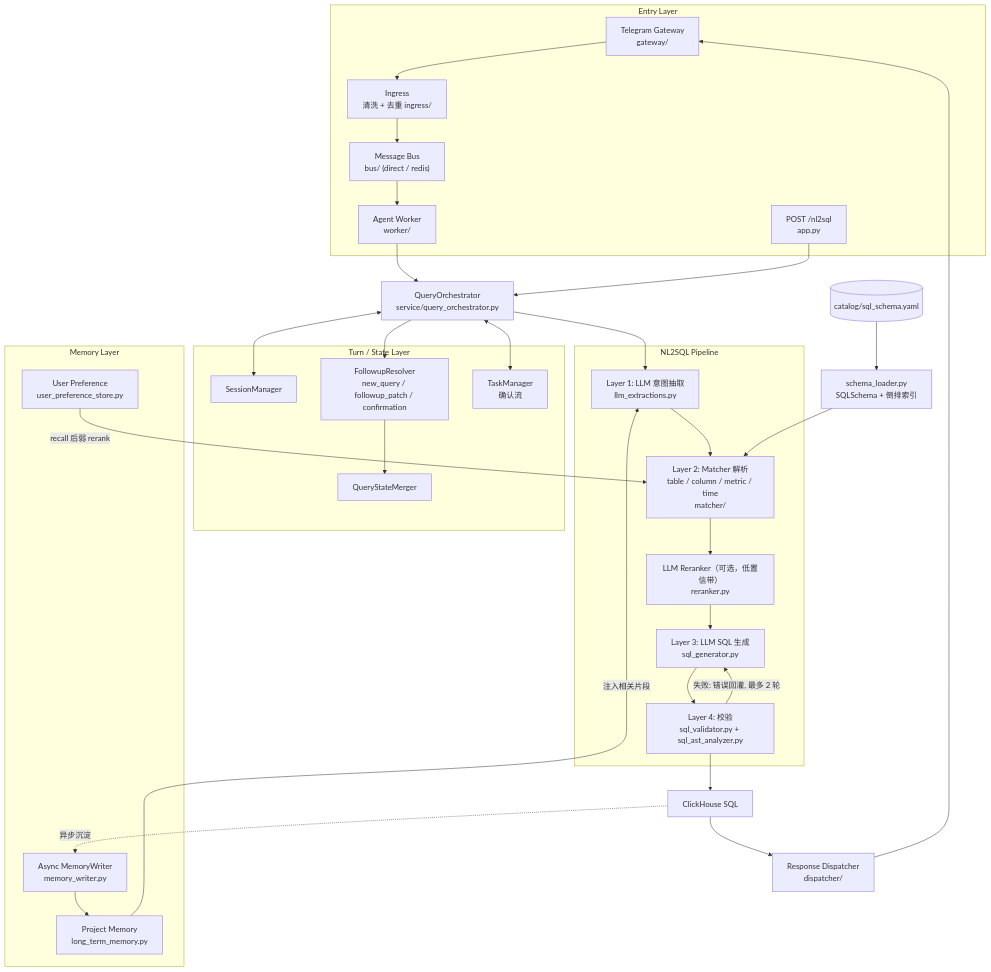
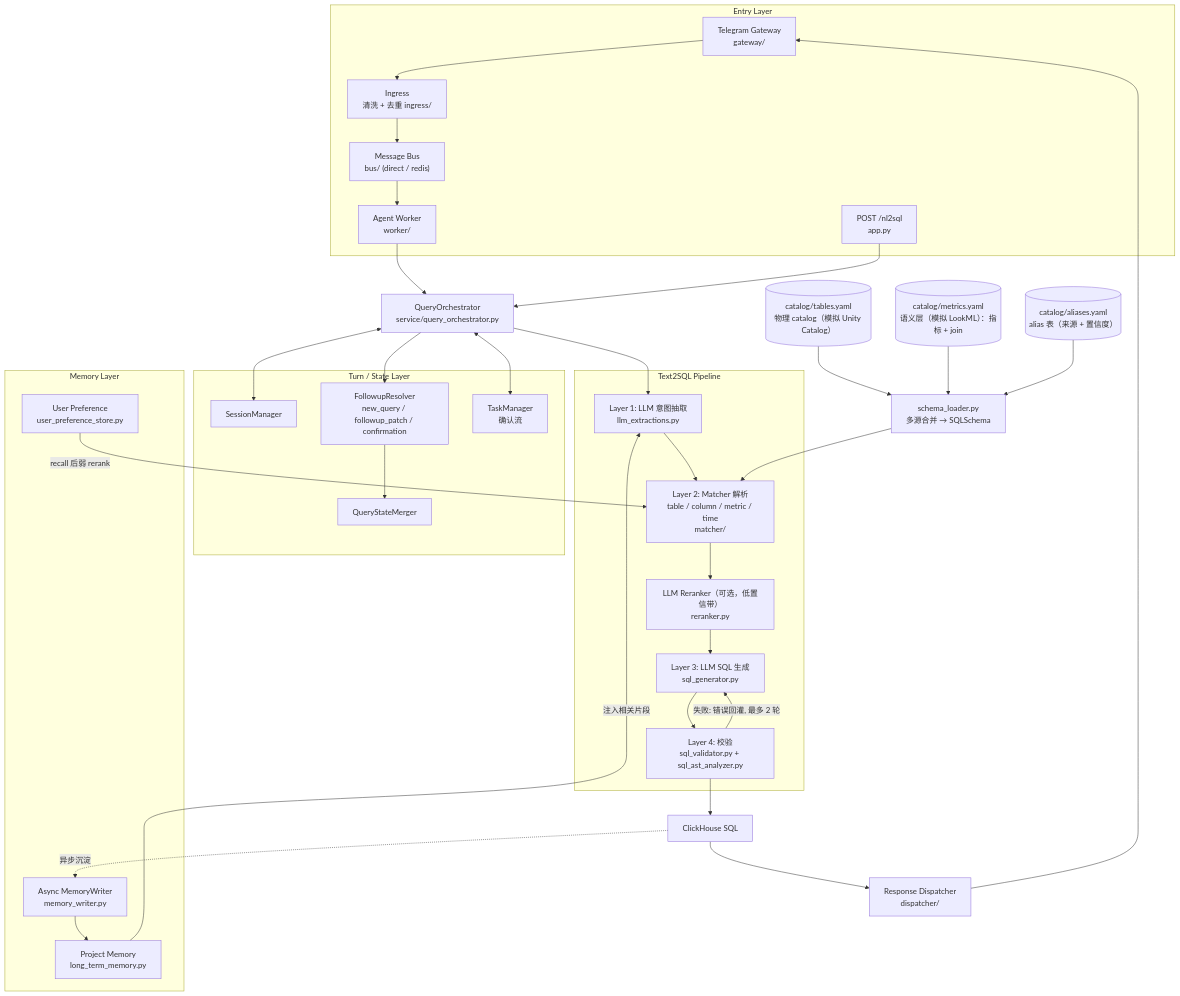
The diagram in AGENTS.md (frankzh0330/query-agent), drawn with Mermaid before and after one commit. The commit also changed other lines of this file and 46 other files, not shown here.

First line of the commit message:
refactor: split catalog into tables/metrics/aliases sources and simplify entity matching

````diff
--- a/AGENTS.md
+++ b/AGENTS.md
@@ -16,49 +16,52 @@
 ```mermaid
 flowchart TD
     subgraph Entry["Entry Layer"]
         TG["Telegram Gateway<br/>gateway/"] --> IN["Ingress<br/>清洗 + 去重 ingress/"]
         IN --> BUS["Message Bus<br/>bus/ (direct / redis)"]
         BUS --> W["Agent Worker<br/>worker/"]
         HTTP["POST /nl2sql<br/>app.py"]
     end
 
     W --> ORC
     HTTP --> ORC["QueryOrchestrator<br/>service/query_orchestrator.py"]
 
     subgraph Turn["Turn / State Layer"]
         SES["SessionManager"]
         FU["FollowupResolver<br/>new_query / followup_patch / confirmation"]
         MRG["QueryStateMerger"]
         TASK["TaskManager<br/>确认流"]
     end
 
     ORC <--> SES
     ORC --> FU --> MRG
     ORC <--> TASK
 
-    subgraph Pipeline["NL2SQL Pipeline"]
+    subgraph Pipeline["Text2SQL Pipeline"]
         L1["Layer 1: LLM 意图抽取<br/>llm_extractions.py"]
         L2["Layer 2: Matcher 解析<br/>table / column / metric / time<br/>matcher/"]
         RR["LLM Reranker（可选，低置信带）<br/>reranker.py"]
         L3["Layer 3: LLM SQL 生成<br/>sql_generator.py"]
         L4["Layer 4: 校验<br/>sql_validator.py + sql_ast_analyzer.py"]
     end
 
     ORC --> L1 --> L2 --> RR --> L3 --> L4
     L4 -->|失败: 错误回灌, 最多 2 轮| L3
     L4 --> OUT["ClickHouse SQL"]
 
-    CAT[("catalog/sql_schema.yaml")] --> SL["schema_loader.py<br/>SQLSchema + 倒排索引"] --> L2
+    UC[("catalog/tables.yaml<br/>物理 catalog（模拟 Unity Catalog）")] --> SL
+    SEM[("catalog/metrics.yaml<br/>语义层（模拟 LookML）：指标 + join")] --> SL
+    ALS[("catalog/aliases.yaml<br/>alias 表（来源 + 置信度）")] --> SL
+    SL["schema_loader.py<br/>多源合并 → SQLSchema"] --> L2
 
     subgraph Mem["Memory Layer"]
         PM["Project Memory<br/>long_term_memory.py"]
         UP["User Preference<br/>user_preference_store.py"]
         MW["Async MemoryWriter<br/>memory_writer.py"]
     end
 
     PM -->|注入相关片段| L1
     UP -->|recall 后弱 rerank| L2
     OUT -.->|异步沉淀| MW --> PM
 
     OUT --> DISP["Response Dispatcher<br/>dispatcher/"] --> TG
 ```
````
